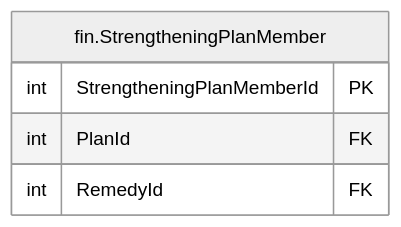
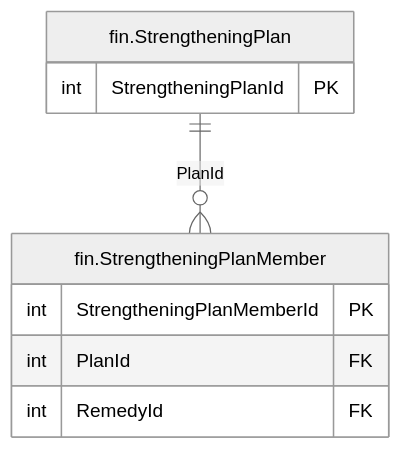
The diagram in treasury-platform/docs/diagrams/erd/m5_financials_13.mmd (thawrasy/smartlines), drawn with Mermaid (neutral theme) before and after one commit. The commit also changed 194 other files, not shown here.

```diff
--- a/treasury-platform/docs/diagrams/erd/m5_financials_13.mmd
+++ b/treasury-platform/docs/diagrams/erd/m5_financials_13.mmd
@@ -1,7 +1,11 @@
 %% م5 · البيانات المالية والأرصدة (13/13) — Financial statements & balances
 erDiagram
+  fin_StrengtheningPlan["fin.StrengtheningPlan"] {
+    int StrengtheningPlanId PK
+  }
   fin_StrengtheningPlanMember["fin.StrengtheningPlanMember"] {
     int StrengtheningPlanMemberId PK
     int PlanId FK
     int RemedyId FK
   }
+  fin_StrengtheningPlan ||--o{ fin_StrengtheningPlanMember : "PlanId"
```
